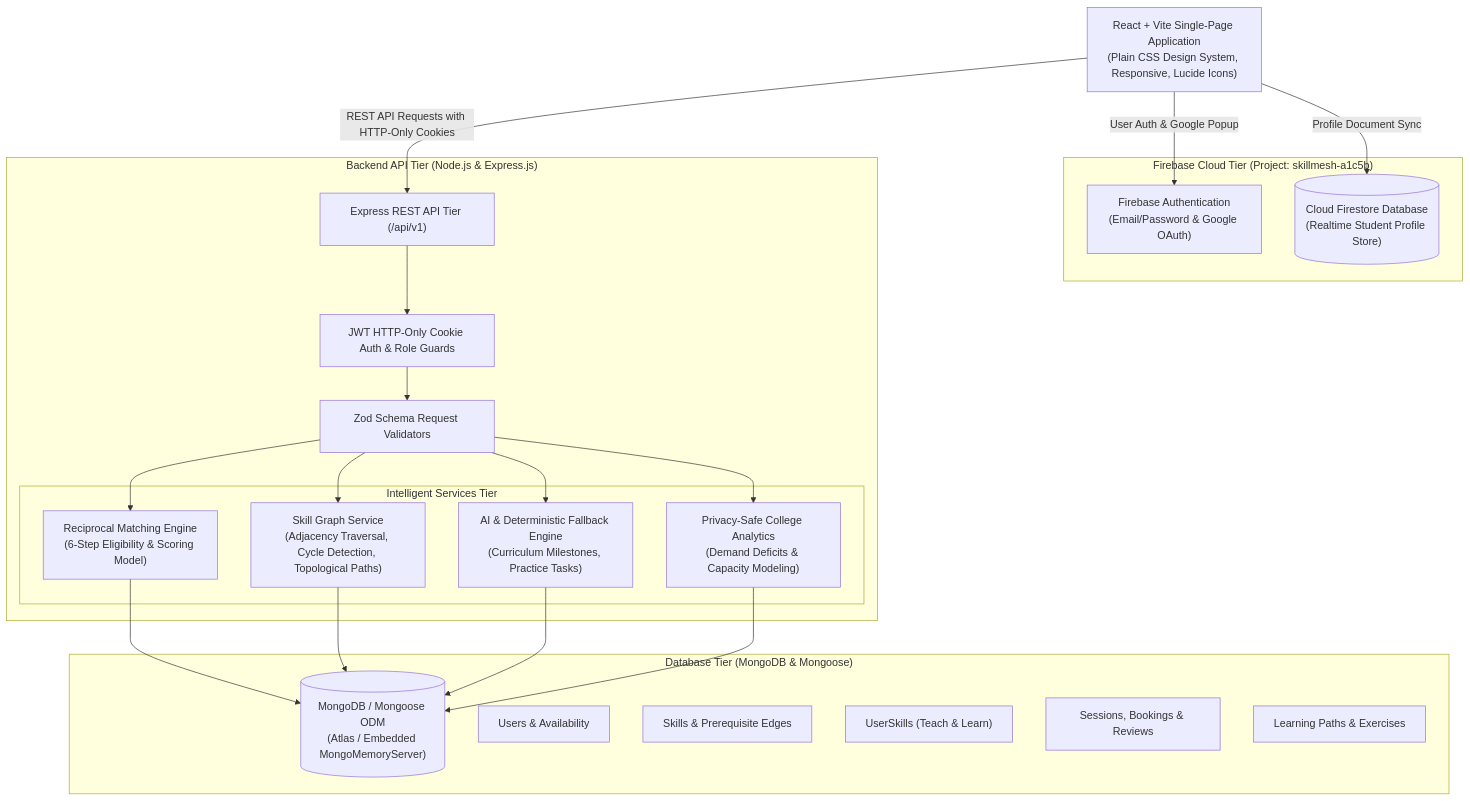
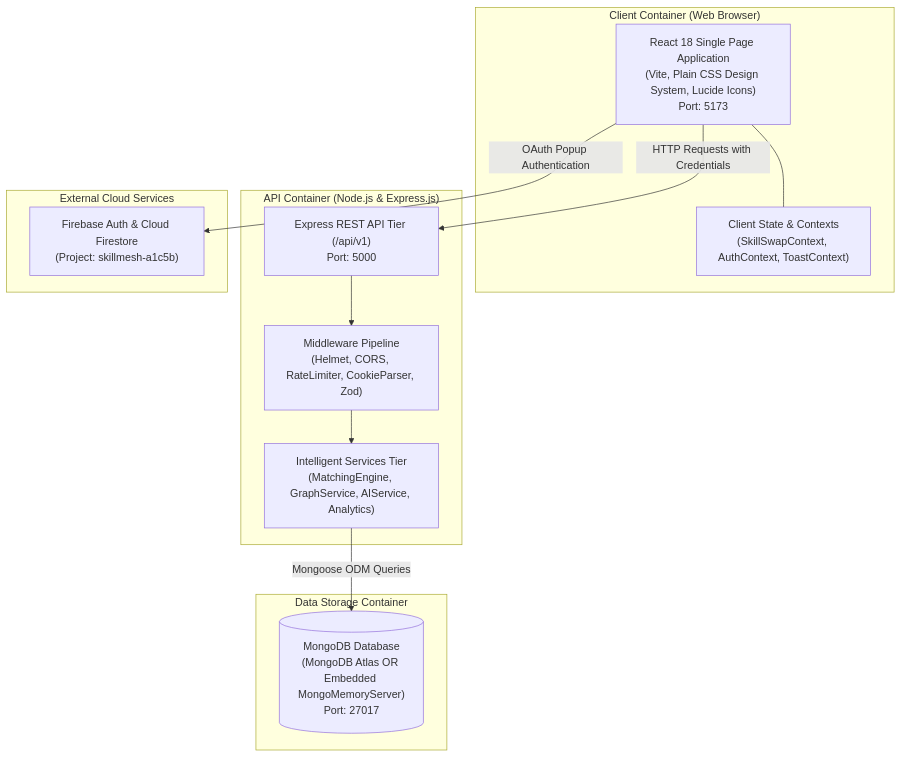
One commit to amanjc81-code/skillSwap changed the second of 7 diagrams in docs/architecture.md. Above: the diagram before and after it, drawn with Mermaid. The commit also changed other lines of this file and 1 other file, not shown here.

Commit message:
docs: enrich README and architecture docs with comprehensive technical specs, mathematical models, and C4 diagrams

````diff
--- a/docs/architecture.md
+++ b/docs/architecture.md
@@ -18,47 +76,29 @@
 ```mermaid
 graph TD
-    Client["React + Vite Single-Page Application\n(Plain CSS Design System, Responsive, Lucide Icons)"]
-    
-    subgraph "Firebase Cloud Tier (Project: skillmesh-a1c5b)"
-        FirebaseAuth["Firebase Authentication\n(Email/Password & Google OAuth)"]
-        FirestoreDB[("Cloud Firestore Database\n(Realtime Student Profile Store)")]
+    subgraph "Client Container (Web Browser)"
+        SPA["React 18 Single Page Application\n(Vite, Plain CSS Design System, Lucide Icons)\nPort: 5173"]
+        State["Client State & Contexts\n(SkillSwapContext, AuthContext, ToastContext)"]
+        SPA --- State
     end
 
-    subgraph "Backend API Tier (Node.js & Express.js)"
-        Router["Express REST API Tier (/api/v1)"]
-        AuthMiddleware["JWT HTTP-Only Cookie Auth & Role Guards"]
-        Validators["Zod Schema Request Validators"]
+    subgraph "API Container (Node.js & Express.js)"
+        Router["Express REST API Tier (/api/v1)\nPort: 5000"]
+        Middlewares["Middleware Pipeline\n(Helmet, CORS, RateLimiter, CookieParser, Zod)"]
+        Services["Intelligent Services Tier\n(MatchingEngine, GraphService, AIService, Analytics)"]
         
-        subgraph "Intelligent Services Tier"
-            MatchEngine["Reciprocal Matching Engine\n(6-Step Eligibility & Scoring Model)"]
-            GraphEngine["Skill Graph Service\n(Adjacency Traversal, Cycle Detection, Topological Paths)"]
-            AIService["AI & Deterministic Fallback Engine\n(Curriculum Milestones, Practice Tasks)"]
-            AnalyticsService["Privacy-Safe College Analytics\n(Demand Deficits & Capacity Modeling)"]
-        end
-    end
-    
-    subgraph "Database Tier (MongoDB & Mongoose)"
-        DB[("MongoDB / Mongoose ODM\n(Atlas / Embedded MongoMemoryServer)")]
-        UsersCol["Users & Availability"]
-        SkillsCol["Skills & Prerequisite Edges"]
-        UserSkillsCol["UserSkills (Teach & Learn)"]
-        SessionsCol["Sessions, Bookings & Reviews"]
-        PathsCol["Learning Paths & Exercises"]
+        Router --> Middlewares
+        Middlewares --> Services
     end
 
-    Client -->|User Auth & Google Popup| FirebaseAuth
-    Client -->|Profile Document Sync| FirestoreDB
-    Client -->|REST API Requests with HTTP-Only Cookies| Router
-    Router --> AuthMiddleware
+    subgraph "Data Storage Container"
+        MongoDB[("MongoDB Database\n(MongoDB Atlas OR Embedded MongoMemoryServer)\nPort: 27017")]
+    end
 
-    AuthMiddleware --> Validators
-    Validators --> MatchEngine
-    Validators --> GraphEngine
-    Validators --> AIService
-    Validators --> AnalyticsService
-    
-    MatchEngine --> DB
-    GraphEngine --> DB
-    AIService --> DB
-    AnalyticsService --> DB
+    subgraph "External Cloud Services"
+        Firebase["Firebase Auth & Cloud Firestore\n(Project: skillmesh-a1c5b)"]
+    end
+
+    SPA -->|HTTP Requests with Credentials| Router
+    SPA -->|OAuth Popup Authentication| Firebase
+    Services -->|Mongoose ODM Queries| MongoDB
 ```
````
